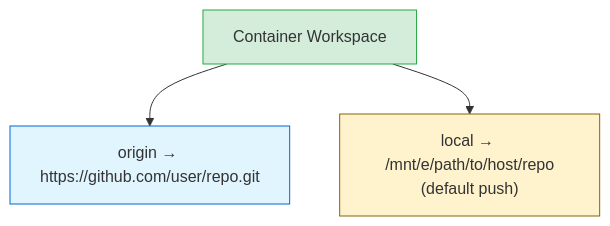
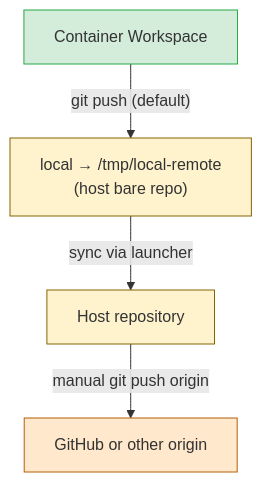
The seventh of 13 diagrams in docs/architecture.md (novotnyllc/ContainAI), drawn with Mermaid before and after one commit. The commit also changed other lines of this file and 15 other files, not shown here.

First line of the commit message:
Enhance local remote management and synchronization in containerized git workflows

````diff
--- a/docs/architecture.md
+++ b/docs/architecture.md
@@ -282,13 +282,16 @@
 ```mermaid
 flowchart TB
     workspace["Container Workspace"]
-    origin["origin → https://github.com/user/repo.git"]
-    local["local → /mnt/e/path/to/host/repo<br/>(default push)"]
+    local["local → /tmp/local-remote<br/>(host bare repo)"]
+    host["Host repository"]
+    github["GitHub or other origin"]
 
-    workspace --> origin
-    workspace --> local
+    workspace -->|"git push (default)"| local
+    local -->|"sync via launcher"| host
+    host -->|"manual git push origin"| github
 
     style workspace fill:#d4edda,stroke:#28a745
-    style origin fill:#e1f5ff,stroke:#0366d6
     style local fill:#fff3cd,stroke:#856404
+    style host fill:#fff3cd,stroke:#856404
+    style github fill:#ffe8cc,stroke:#b45f06
 ```
````
